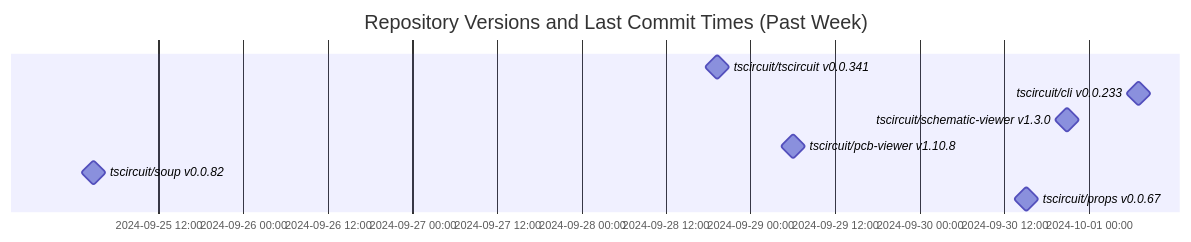
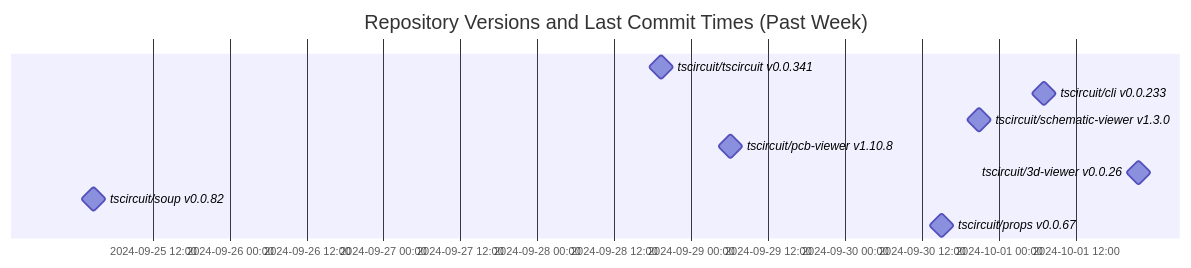
One commit to tscircuit/version-tracker changed the diagram in README.md. Above: the diagram before and after it, drawn with Mermaid.

Commit message:
Update chart

````diff
--- a/README.md
+++ b/README.md
@@ -1,13 +1,14 @@
 ```mermaid
 gantt
   dateFormat  YYYY-MM-DD HH:mm:ss
   title Repository Versions and Last Commit Times (Past Week)
   axisFormat %Y-%m-%d %H:%M
 
   tscircuit/tscircuit v0.0.341 : milestone, 2024-09-28 19:18:49, 1s
   tscircuit/cli v0.0.233 : milestone, 2024-10-01 07:01:14, 1s
   tscircuit/schematic-viewer v1.3.0 : milestone, 2024-09-30 20:50:04, 1s
   tscircuit/pcb-viewer v1.10.8 : milestone, 2024-09-29 06:04:46, 1s
+  tscircuit/3d-viewer v0.0.26 : milestone, 2024-10-01 21:45:26, 1s
   tscircuit/soup v0.0.82 : milestone, 2024-09-25 02:48:20, 1s
   tscircuit/props v0.0.67 : milestone, 2024-09-30 15:06:17, 1s
 ```
````
